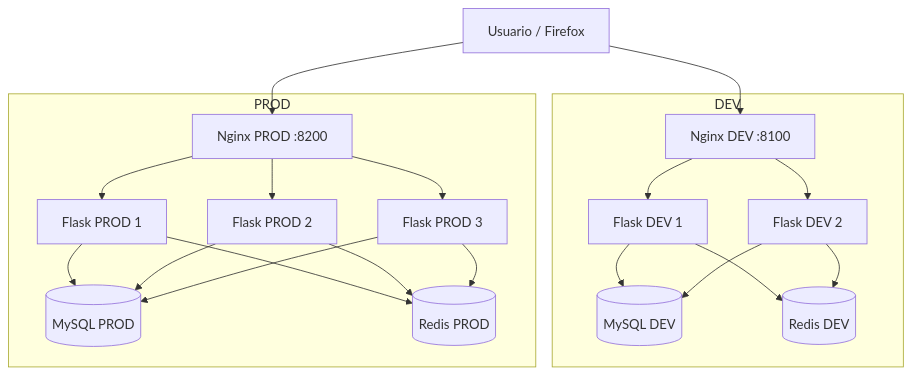
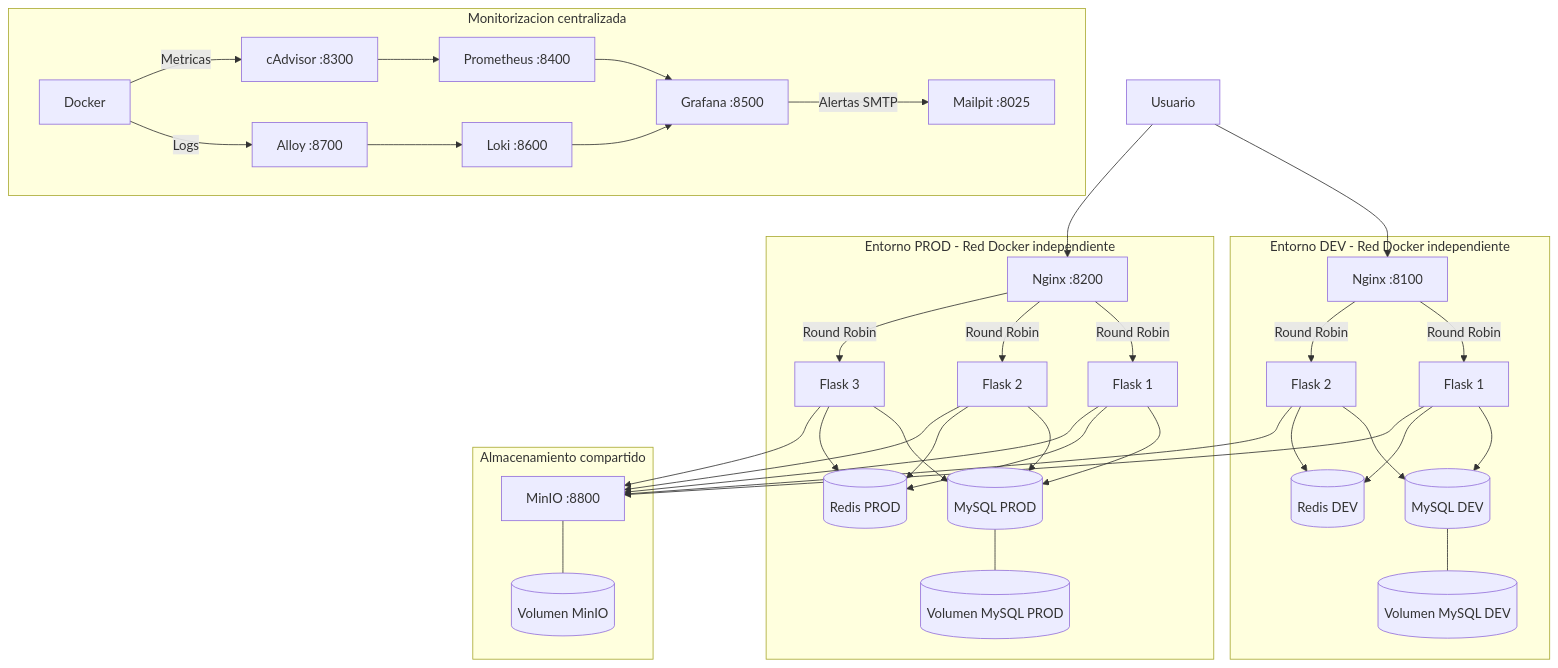
One commit to Jecris910/Practica2-RedesAvanzadas changed the diagram in README.md. Above: the diagram before and after it, drawn with Mermaid. The commit also changed other lines of this file, not shown here.

````diff
--- a/README.md
+++ b/README.md
@@ -38,27 +27,83 @@
 ```mermaid
 flowchart TB
-    U[Usuario / Firefox]
-    U --> D[Nginx DEV :8100]
-    U --> P[Nginx PROD :8200]
 
-    subgraph DEV
-        D --> D1[Flask DEV 1]
-        D --> D2[Flask DEV 2]
-        D1 --> DM[(MySQL DEV)]
-        D2 --> DM
-        D1 --> DR[(Redis DEV)]
-        D2 --> DR
+    U[Usuario]
+
+    subgraph DEV["Entorno DEV - Red Docker independiente"]
+        ND["Nginx :8100"]
+        D1[Flask 1]
+        D2[Flask 2]
+        DB1[(MySQL DEV)]
+        R1[(Redis DEV)]
+        V1[(Volumen MySQL DEV)]
+
+        ND -->|Round Robin| D1
+        ND -->|Round Robin| D2
+
+        D1 --> DB1
+        D2 --> DB1
+        D1 --> R1
+        D2 --> R1
+
+        DB1 --- V1
     end
 
-    subgraph PROD
-        P --> P1[Flask PROD 1]
-        P --> P2[Flask PROD 2]
-        P --> P3[Flask PROD 3]
-        P1 --> PM[(MySQL PROD)]
-        P2 --> PM
-        P3 --> PM
-        P1 --> PR[(Redis PROD)]
-        P2 --> PR
-        P3 --> PR
+    subgraph PROD["Entorno PROD - Red Docker independiente"]
+        NP["Nginx :8200"]
+        P1[Flask 1]
+        P2[Flask 2]
+        P3[Flask 3]
+        DB2[(MySQL PROD)]
+        R2[(Redis PROD)]
+        V2[(Volumen MySQL PROD)]
+
+        NP -->|Round Robin| P1
+        NP -->|Round Robin| P2
+        NP -->|Round Robin| P3
+
+        P1 --> DB2
+        P2 --> DB2
+        P3 --> DB2
+
+        P1 --> R2
+        P2 --> R2
+        P3 --> R2
+
+        DB2 --- V2
+    end
+
+    U --> ND
+    U --> NP
+
+    subgraph STORAGE["Almacenamiento compartido"]
+        M["MinIO :8800"]
+        VM[(Volumen MinIO)]
+        M --- VM
+    end
+
+    D1 --> M
+    D2 --> M
+    P1 --> M
+    P2 --> M
+    P3 --> M
+
+    subgraph MON["Monitorizacion centralizada"]
+        DK[Docker]
+        C["cAdvisor :8300"]
+        PR["Prometheus :8400"]
+        G["Grafana :8500"]
+        A["Alloy :8700"]
+        L["Loki :8600"]
+        MP["Mailpit :8025"]
+
+        DK -->|Metricas| C
+        C --> PR
+        PR --> G
+
+        DK -->|Logs| A
+        A --> L
+        L --> G
+
+        G -->|Alertas SMTP| MP
     end
 ```
````
